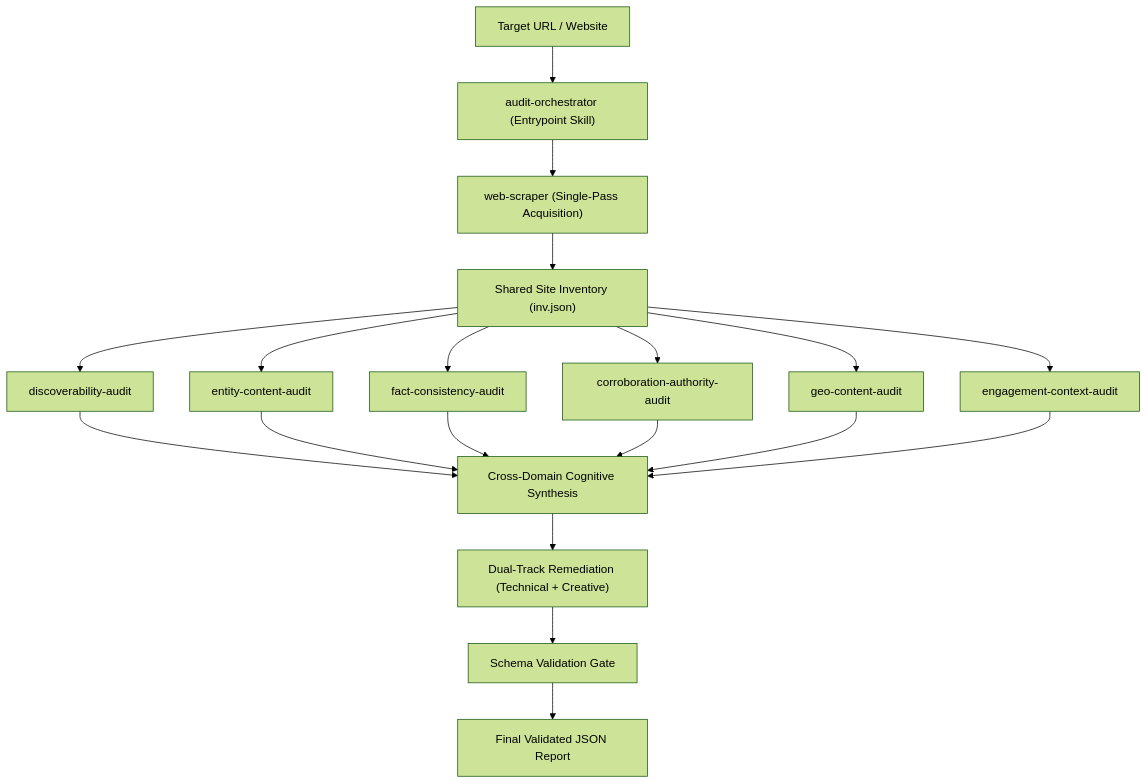
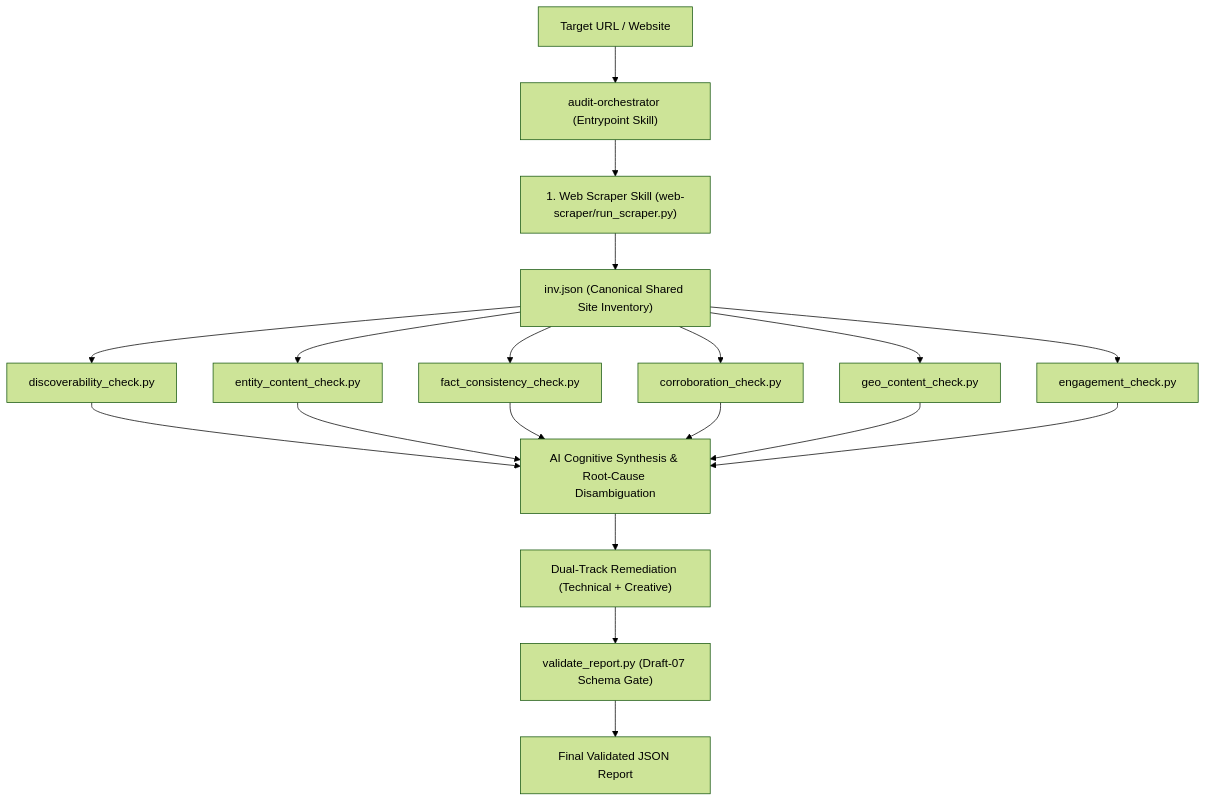
The diagram in src/README.md (JayanthReddyKonda/adobe-brand-visibility-skill), drawn with Mermaid (forest theme) before and after one commit. The commit also changed other lines of this file and 18 other files, not shown here.

Commit message:
feat: add package validation utility and update skill manifest documentation and compliance metadata

````diff
--- a/src/README.md
+++ b/src/README.md
@@ -62,16 +39,16 @@
 ```mermaid
 graph TD
     A["Target URL / Website"] --> B["audit-orchestrator (Entrypoint Skill)"]
-    B --> C["web-scraper (Single-Pass Acquisition)"]
-    C --> D["Shared Site Inventory (inv.json)"]
-    D --> E1["discoverability-audit"]
-    D --> E2["entity-content-audit"]
-    D --> E3["fact-consistency-audit"]
-    D --> E4["corroboration-authority-audit"]
-    D --> E5["geo-content-audit"]
-    D --> E6["engagement-context-audit"]
-    E1 & E2 & E3 & E4 & E5 & E6 --> F["Cross-Domain Cognitive Synthesis"]
+    B --> C["1. Web Scraper Skill (web-scraper/run_scraper.py)"]
+    C --> D["inv.json (Canonical Shared Site Inventory)"]
+    D --> E1["discoverability_check.py"]
+    D --> E2["entity_content_check.py"]
+    D --> E3["fact_consistency_check.py"]
+    D --> E4["corroboration_check.py"]
+    D --> E5["geo_content_check.py"]
+    D --> E6["engagement_check.py"]
+    E1 & E2 & E3 & E4 & E5 & E6 --> F["AI Cognitive Synthesis & Root-Cause Disambiguation"]
     F --> G["Dual-Track Remediation (Technical + Creative)"]
-    G --> H["Schema Validation Gate"]
+    G --> H["validate_report.py (Draft-07 Schema Gate)"]
     H --> I["Final Validated JSON Report"]
 ```
````
